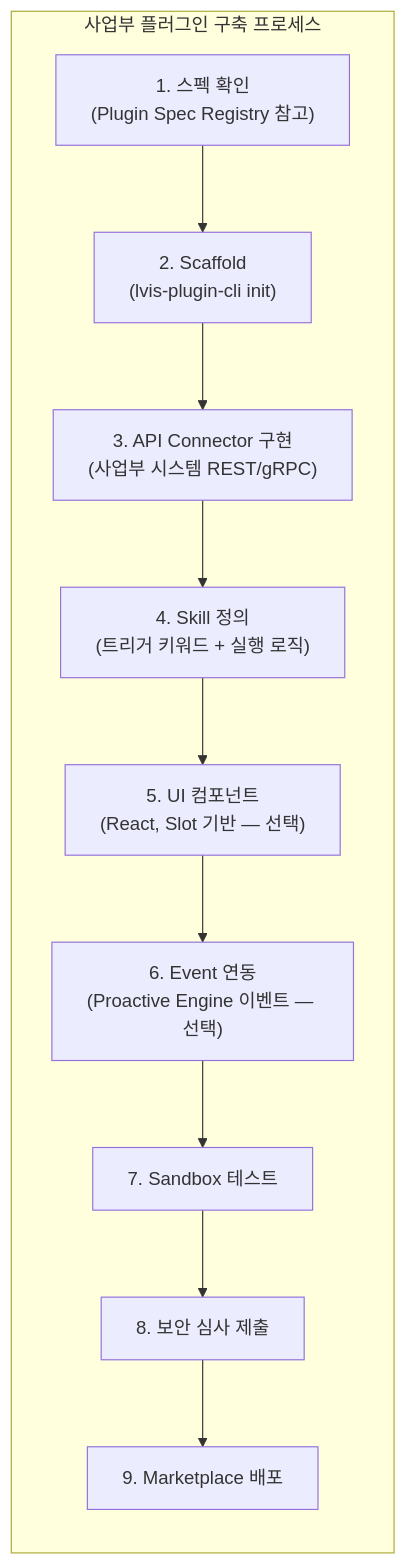
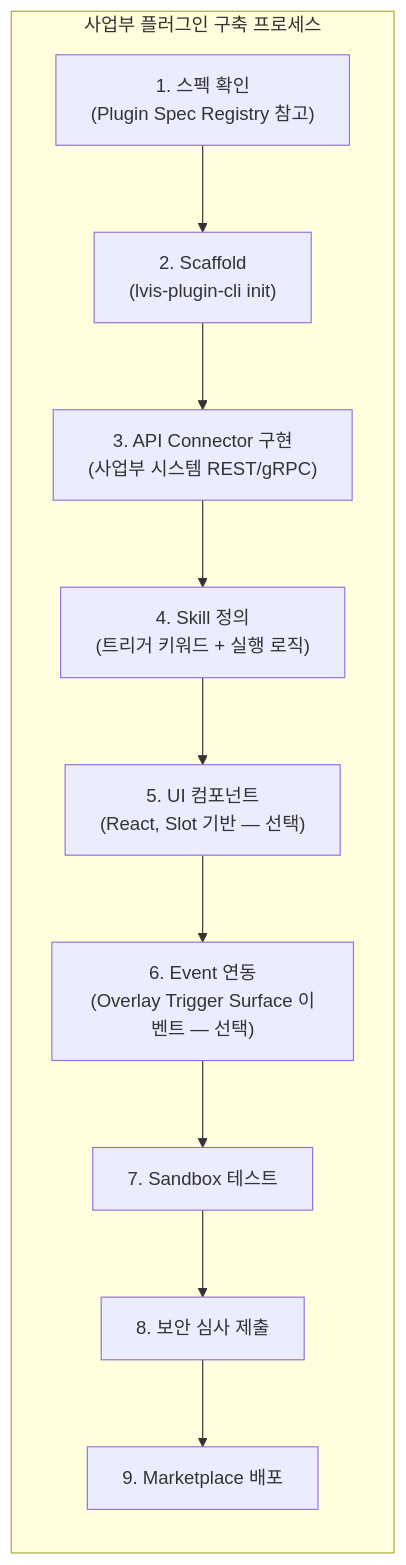
Diagram 37 of 44 in docs/architecture/architecture.md (lvis-project/lvis-app), drawn with Mermaid before and after one commit. The commit also changed other lines of this file and 47 other files, not shown here.

First line of the commit message:
Clarify overlay trigger authority boundaries

````diff
--- a/docs/architecture/architecture.md
+++ b/docs/architecture/architecture.md
@@ -3342,17 +3287,17 @@
 ```mermaid
 flowchart LR
     subgraph "사업부 플러그인 구축 프로세스"
         direction TB
         S1["1. 스펙 확인<br/>(Plugin Spec Registry 참고)"]
         S2["2. Scaffold<br/>(lvis-plugin-cli init)"]
         S3["3. API Connector 구현<br/>(사업부 시스템 REST/gRPC)"]
         S4["4. Skill 정의<br/>(트리거 키워드 + 실행 로직)"]
         S5["5. UI 컴포넌트<br/>(React, Slot 기반 — 선택)"]
-        S6["6. Event 연동<br/>(Proactive Engine 이벤트 — 선택)"]
+        S6["6. Event 연동<br/>(Overlay Trigger Surface 이벤트 — 선택)"]
         S7["7. Sandbox 테스트"]
         S8["8. 보안 심사 제출"]
         S9["9. Marketplace 배포"]
 
         S1 --> S2 --> S3 --> S4 --> S5 --> S6 --> S7 --> S8 --> S9
     end
 ```
````
